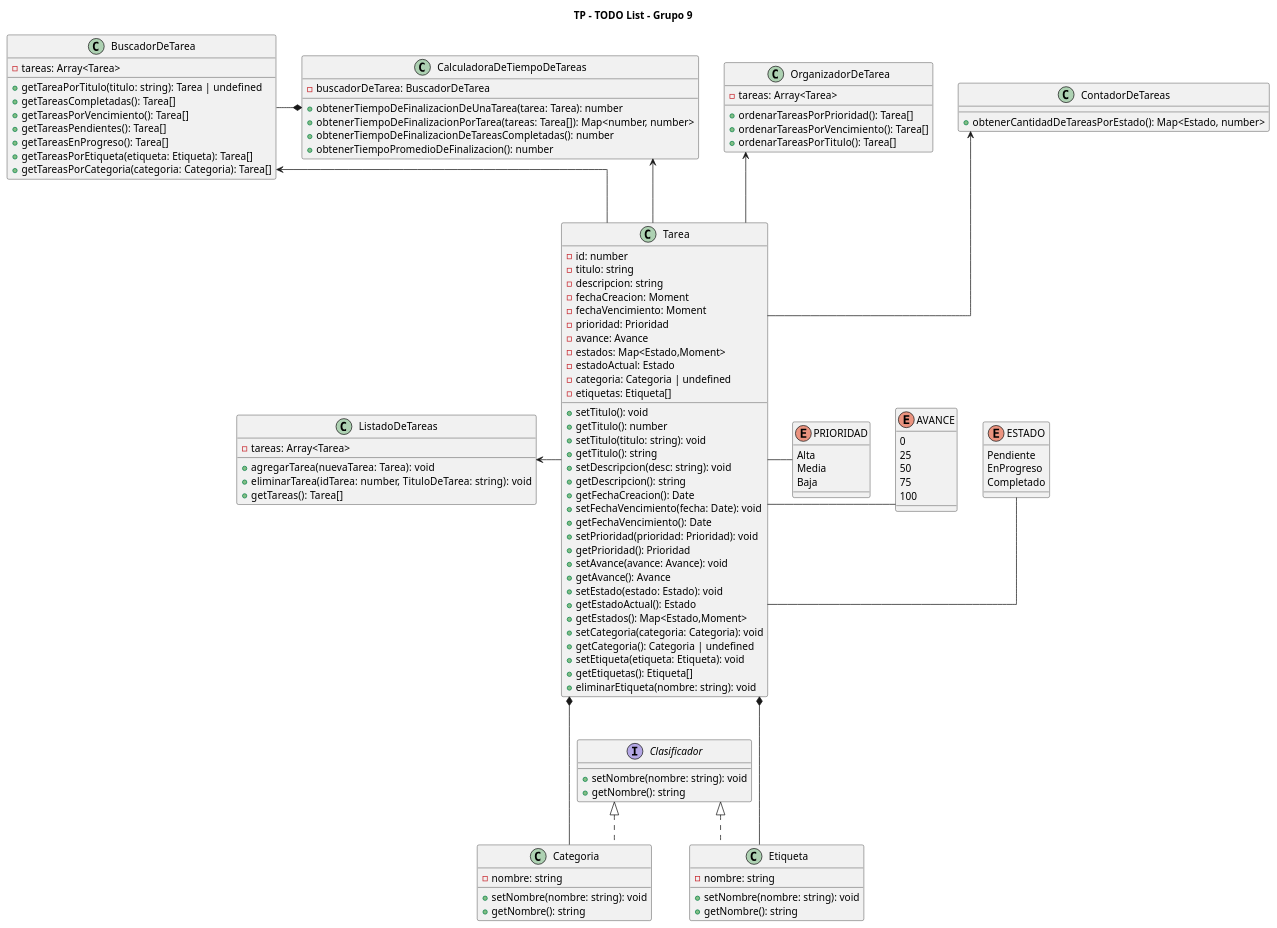
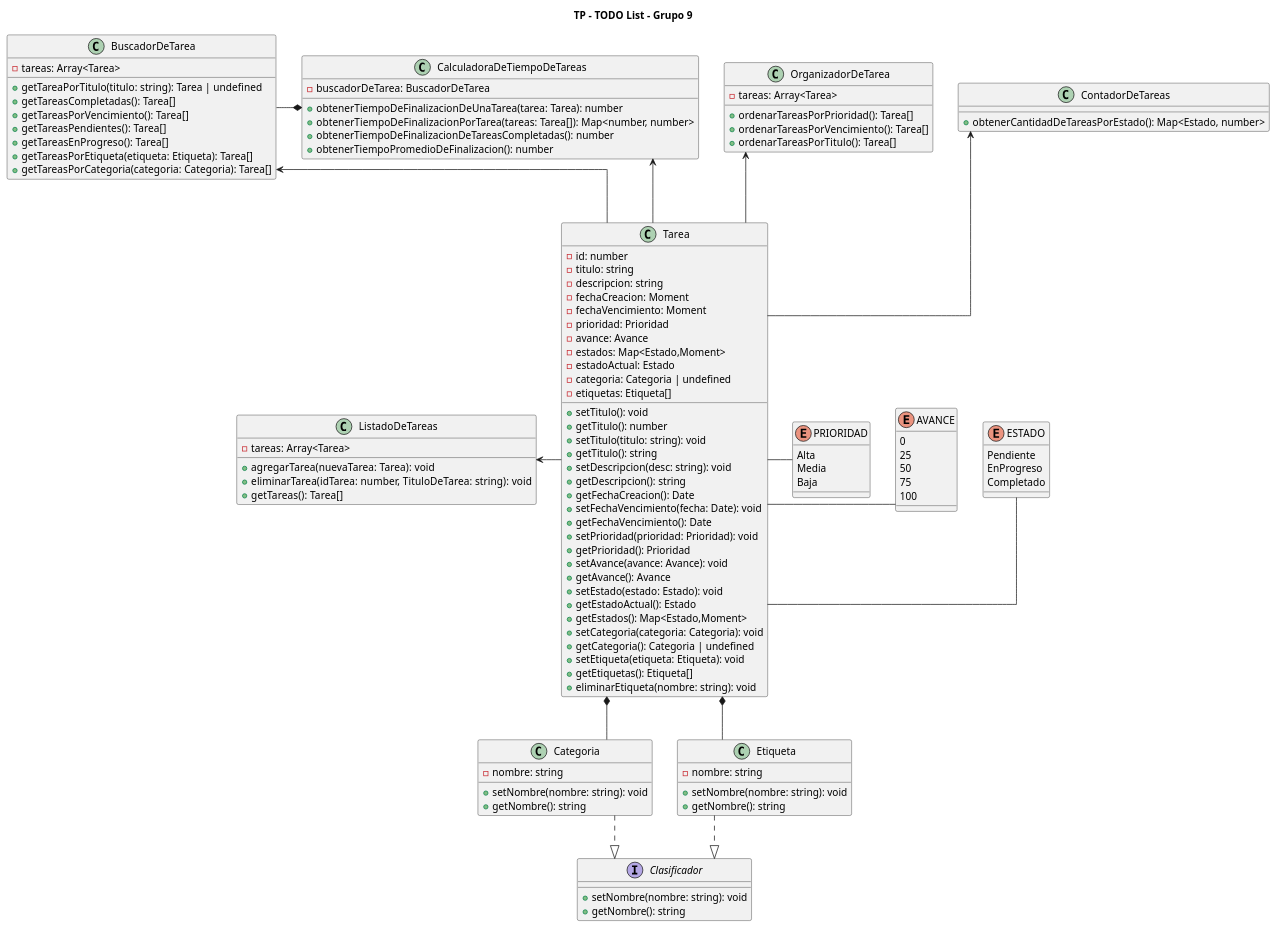
The diagram in Diagrama/diagrama.puml (FrancisLuna/ToDo-POO-Grupo-9), drawn with PlantUML before and after one commit. The commit also changed 13 other files, not shown here.

```diff
--- a/Diagrama/diagrama.puml
+++ b/Diagrama/diagrama.puml
@@ -1,131 +1,133 @@
 @startuml ToDoList
 
 title TP - TODO List - Grupo 9
 skinparam lineType ortho
 
 class Tarea{
    - id: number
    - titulo: string
    - descripcion: string
    - fechaCreacion: Moment
    - fechaVencimiento: Moment
    - prioridad: Prioridad
    - avance: Avance
    - estados: Map<Estado,Moment>
    - estadoActual: Estado
    - categoria: Categoria | undefined
    - etiquetas: Etiqueta[]
     
     + setTitulo(): void
     + getTitulo(): number
     + setTitulo(titulo: string): void
     + getTitulo(): string
     + setDescripcion(desc: string): void
     + getDescripcion(): string
     + getFechaCreacion(): Date
     + setFechaVencimiento(fecha: Date): void
     + getFechaVencimiento(): Date
     + setPrioridad(prioridad: Prioridad): void
     + getPrioridad(): Prioridad
     + setAvance(avance: Avance): void
     + getAvance(): Avance
     + setEstado(estado: Estado): void
     + getEstadoActual(): Estado
     + getEstados(): Map<Estado,Moment>
     + setCategoria(categoria: Categoria): void
     + getCategoria(): Categoria | undefined
     + setEtiqueta(etiqueta: Etiqueta): void
     + getEtiquetas(): Etiqueta[]
     + eliminarEtiqueta(nombre: string): void
 }
 
 class ListadoDeTareas{
     - tareas: Array<Tarea>
     + agregarTarea(nuevaTarea: Tarea): void
     + eliminarTarea(idTarea: number, TituloDeTarea: string): void
     + getTareas(): Tarea[]
 }
 
 class BuscadorDeTarea{
     - tareas: Array<Tarea>
 
     + getTareaPorTitulo(titulo: string): Tarea | undefined
     + getTareasCompletadas(): Tarea[]
     + getTareasPorVencimiento(): Tarea[]
     + getTareasPendientes(): Tarea[]
     + getTareasEnProgreso(): Tarea[]
     + getTareasPorEtiqueta(etiqueta: Etiqueta): Tarea[]
     + getTareasPorCategoria(categoria: Categoria): Tarea[]
 }
 
 class OrganizadorDeTarea{
     - tareas: Array<Tarea>
 
     + ordenarTareasPorPrioridad(): Tarea[]
     + ordenarTareasPorVencimiento(): Tarea[]
     + ordenarTareasPorTitulo(): Tarea[]
 }
 
 class CalculadoraDeTiempoDeTareas{
     - buscadorDeTarea: BuscadorDeTarea
 
     + obtenerTiempoDeFinalizacionDeUnaTarea(tarea: Tarea): number
     + obtenerTiempoDeFinalizacionPorTarea(tareas: Tarea[]): Map<number, number>
     + obtenerTiempoDeFinalizacionDeTareasCompletadas(): number
     + obtenerTiempoPromedioDeFinalizacion(): number
 }
 
 class ContadorDeTareas{
     + obtenerCantidadDeTareasPorEstado(): Map<Estado, number>
 }
 
 interface Clasificador{
     + setNombre(nombre: string): void
     + getNombre(): string
 }
 
-class Categoria implements Clasificador{
+class Categoria{
     - nombre: string
     + setNombre(nombre: string): void
     + getNombre(): string
 }
 
-class Etiqueta implements Clasificador{
+class Etiqueta{
     - nombre: string
     + setNombre(nombre: string): void
     + getNombre(): string
 }
 
 ENUM ESTADO{
     Pendiente
     EnProgreso
     Completado
 }
 
 ENUM AVANCE{
     0
     25
     50
     75
     100
 }
 
 ENUM PRIORIDAD{
     Alta
     Media
     Baja
 }
 
 CalculadoraDeTiempoDeTareas <-- Tarea
 ContadorDeTareas <-- Tarea
 OrganizadorDeTarea <-- Tarea
 BuscadorDeTarea <-- Tarea
-Tarea -[hidden]-> Clasificador
+
+Categoria ..|> Clasificador
+Etiqueta ..|> Clasificador
 Tarea *-- Categoria
 Tarea *-- Etiqueta
 Tarea -left-> ListadoDeTareas
 Tarea -right- ESTADO
 Tarea -right- AVANCE
 Tarea -right- PRIORIDAD
 CalculadoraDeTiempoDeTareas *-left- BuscadorDeTarea
 @enduml
```
